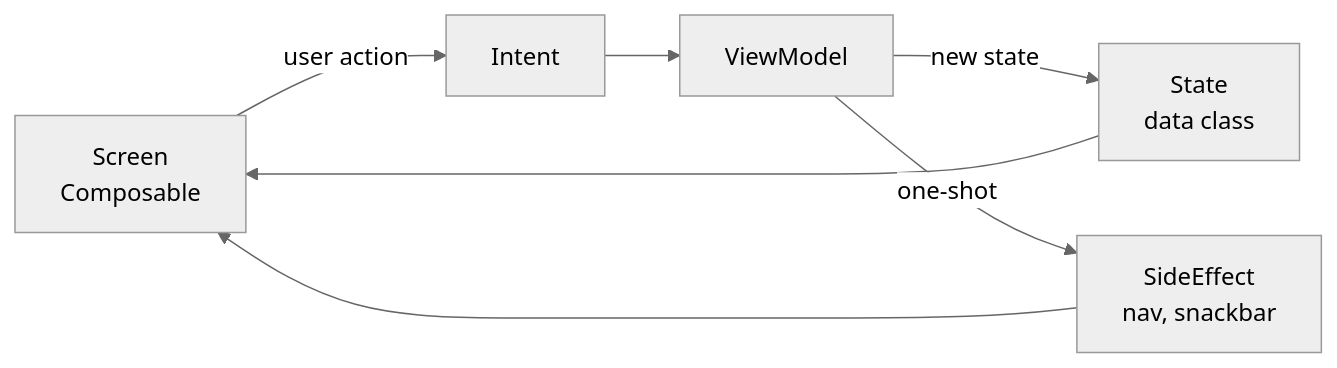
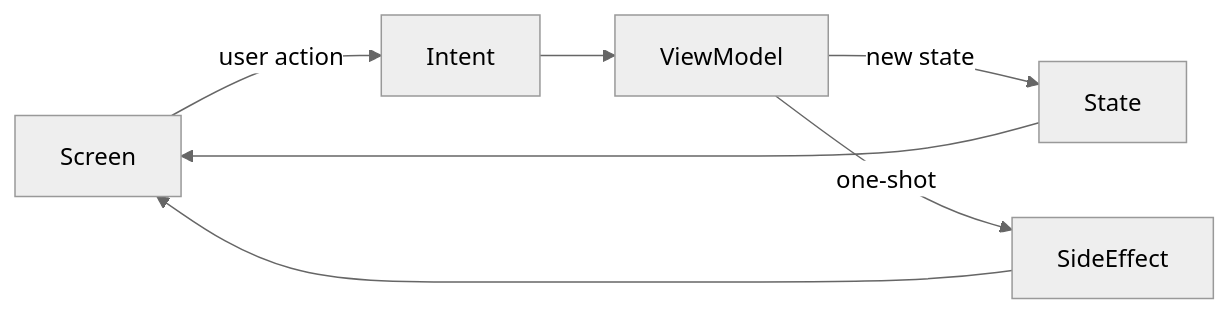
Before and after one commit to LStudioO/skilky-money-tracker: the third of 9 diagrams in docs/architecture.md, drawn with Mermaid (neutral theme). The commit also changed other lines of this file and 58 other files, not shown here.

````diff
--- a/docs/architecture.md
+++ b/docs/architecture.md
@@ -108,9 +113,9 @@
 ```mermaid
 flowchart LR
-    UI[Screen<br/>Composable] -->|user action| INTENT[Intent]
+    UI[Screen] -->|user action| INTENT[Intent]
     INTENT --> VM[ViewModel]
-    VM -->|new state| STATE[State<br/>data class]
+    VM -->|new state| STATE[State]
     STATE --> UI
-    VM -->|one-shot| EFFECT[SideEffect<br/>nav, snackbar]
+    VM -->|one-shot| EFFECT[SideEffect]
     EFFECT --> UI
 ```
````
